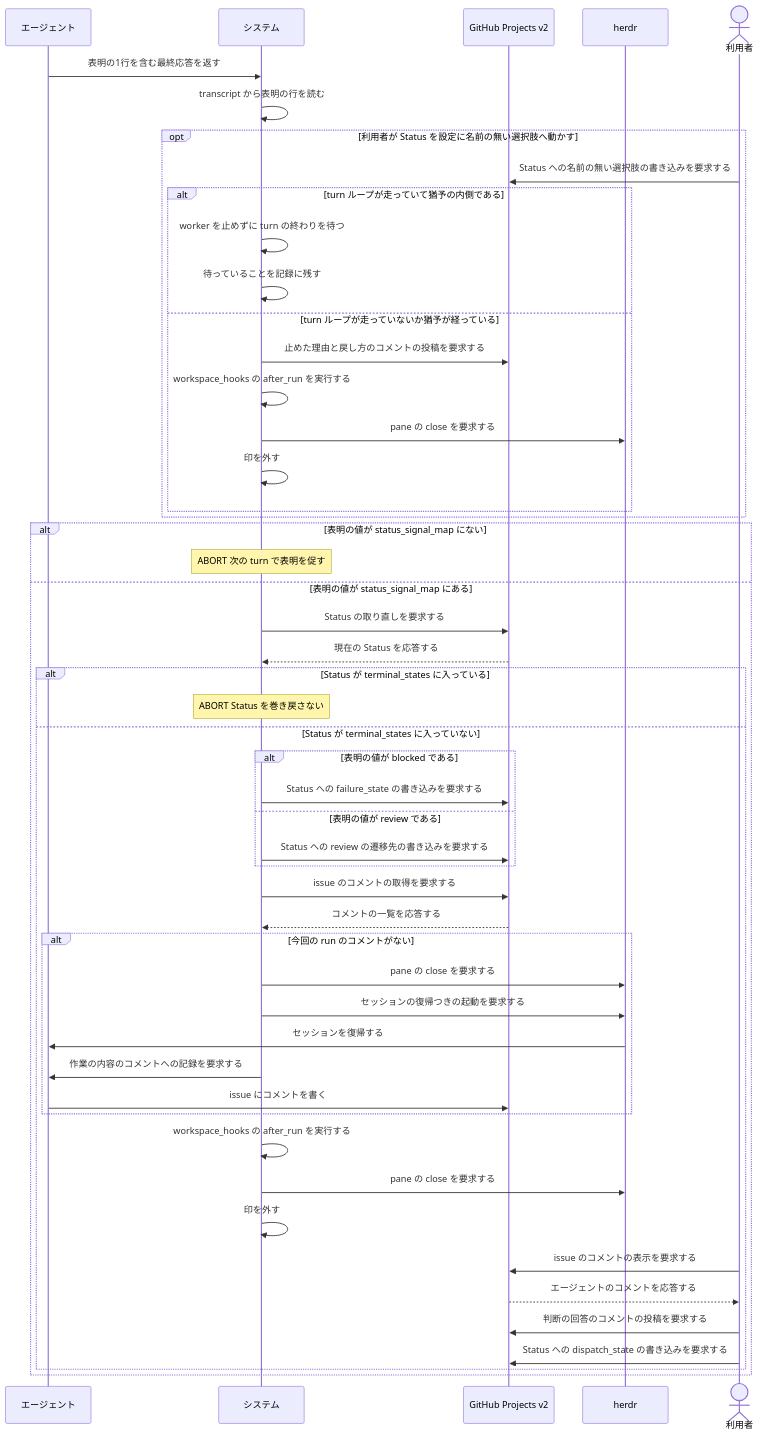
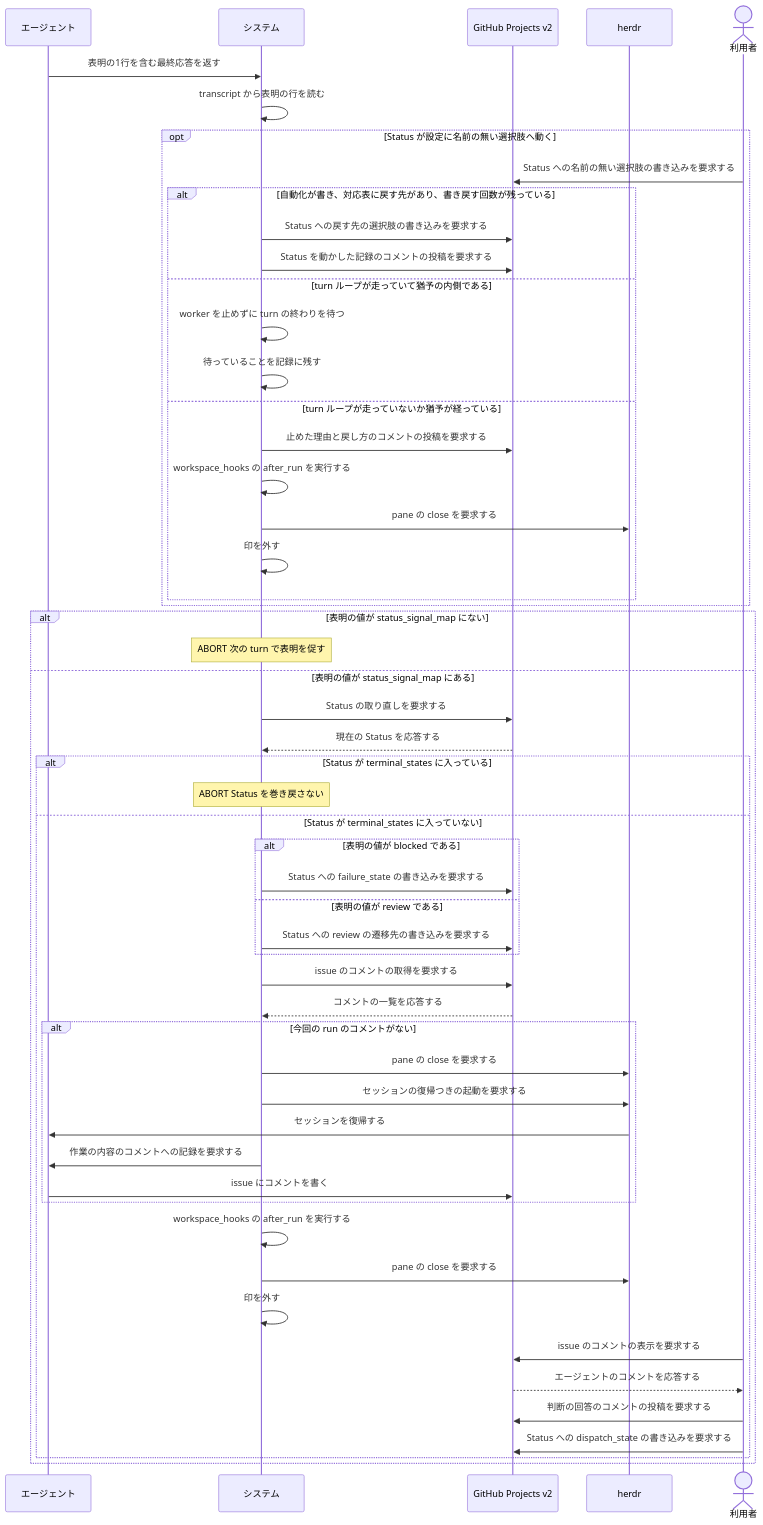
One commit to maimuzo/continuo changed the second of 2 diagrams in docs/spec/usecases/particular_case/人間に判断を渡す.rucm.md. Above: the diagram before and after it, drawn with Mermaid. The commit also changed other lines of this file and 23 other files, not shown here.

````diff
--- a/docs/spec/usecases/particular_case/人間に判断を渡す.rucm.md
+++ b/docs/spec/usecases/particular_case/人間に判断を渡す.rucm.md
@@ -265,54 +305,57 @@
 ```mermaid
 sequenceDiagram
     participant CC as エージェント
     participant S as システム
     participant GH as GitHub Projects v2
     participant H as herdr
     actor U as 利用者
 
     CC->>S: 表明の1行を含む最終応答を返す
     S->>S: transcript から表明の行を読む
-    opt 利用者が Status を設定に名前の無い選択肢へ動かす
+    opt Status が設定に名前の無い選択肢へ動く
         U->>GH: Status への名前の無い選択肢の書き込みを要求する
-        alt turn ループが走っていて猶予の内側である
+        alt 自動化が書き、対応表に戻す先があり、書き戻す回数が残っている
+            S->>GH: Status への戻す先の選択肢の書き込みを要求する
+            S->>GH: Status を動かした記録のコメントの投稿を要求する
+        else turn ループが走っていて猶予の内側である
             S->>S: worker を止めずに turn の終わりを待つ
             S->>S: 待っていることを記録に残す
         else turn ループが走っていないか猶予が経っている
             S->>GH: 止めた理由と戻し方のコメントの投稿を要求する
             S->>S: workspace_hooks の after_run を実行する
             S->>H: pane の close を要求する
             S->>S: 印を外す
         end
     end
     alt 表明の値が status_signal_map にない
         Note over S: ABORT 次の turn で表明を促す
     else 表明の値が status_signal_map にある
         S->>GH: Status の取り直しを要求する
         GH-->>S: 現在の Status を応答する
         alt Status が terminal_states に入っている
             Note over S: ABORT Status を巻き戻さない
         else Status が terminal_states に入っていない
             alt 表明の値が blocked である
                 S->>GH: Status への failure_state の書き込みを要求する
             else 表明の値が review である
                 S->>GH: Status への review の遷移先の書き込みを要求する
             end
             S->>GH: issue のコメントの取得を要求する
             GH-->>S: コメントの一覧を応答する
             alt 今回の run のコメントがない
                 S->>H: pane の close を要求する
                 S->>H: セッションの復帰つきの起動を要求する
                 H->>CC: セッションを復帰する
                 S->>CC: 作業の内容のコメントへの記録を要求する
                 CC->>GH: issue にコメントを書く
             end
             S->>S: workspace_hooks の after_run を実行する
             S->>H: pane の close を要求する
             S->>S: 印を外す
             U->>GH: issue のコメントの表示を要求する
             GH-->>U: エージェントのコメントを応答する
             U->>GH: 判断の回答のコメントの投稿を要求する
             U->>GH: Status への dispatch_state の書き込みを要求する
         end
     end
 ```
````
